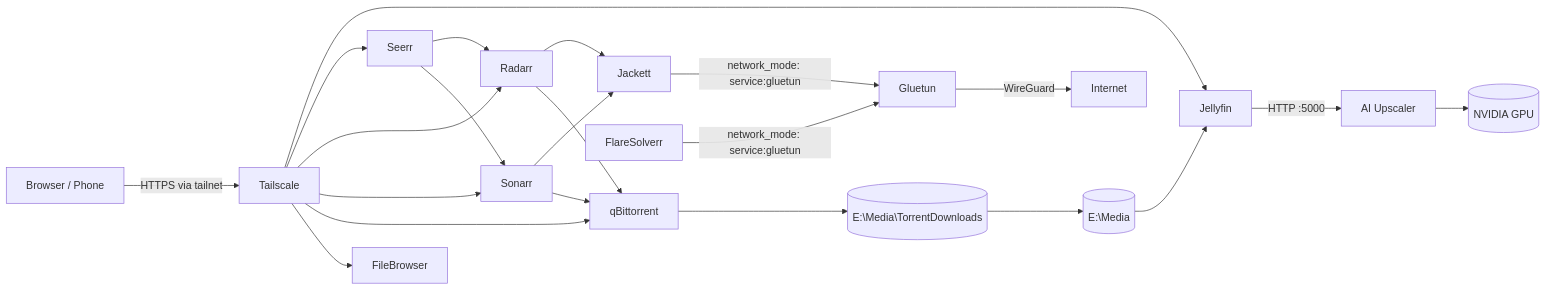
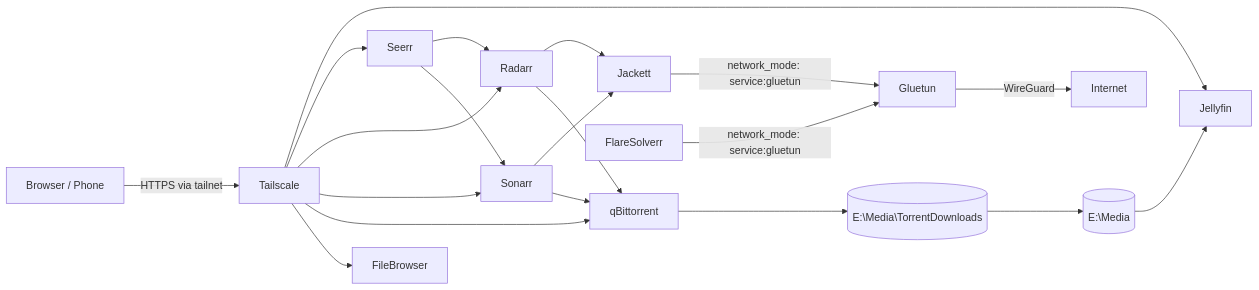
The diagram in README.md (devrajgoswami/docker), drawn with Mermaid before and after one commit. The commit also changed other lines of this file and 6 other files, not shown here.

````diff
--- a/README.md
+++ b/README.md
@@ -57,25 +60,23 @@
 ```mermaid
 flowchart LR
     User[Browser / Phone] -->|HTTPS via tailnet| TS[Tailscale]
     TS --> Jellyfin
     TS --> Seerr
     TS --> Radarr
     TS --> Sonarr
     TS --> qBittorrent
     TS --> FileBrowser
 
     Seerr --> Radarr
     Seerr --> Sonarr
     Radarr --> Jackett
     Sonarr --> Jackett
     Radarr --> qBittorrent
     Sonarr --> qBittorrent
     Jackett -->|network_mode: service:gluetun| Gluetun
     FlareSolverr -->|network_mode: service:gluetun| Gluetun
     Gluetun -->|WireGuard| Internet
     qBittorrent --> Downloads[(E:\Media\TorrentDownloads)]
     Downloads --> Media[(E:\Media)]
     Media --> Jellyfin
-    Jellyfin -->|HTTP :5000| Upscaler[AI Upscaler]
-    Upscaler --> GPU[(NVIDIA GPU)]
 ```
````
